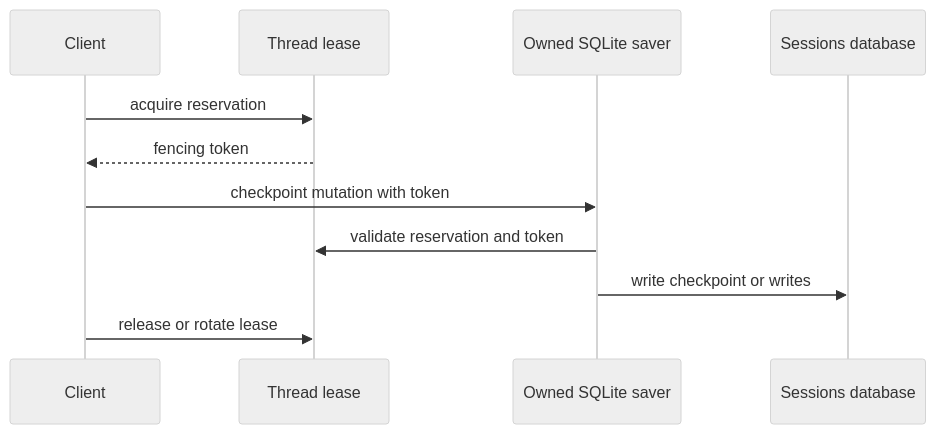
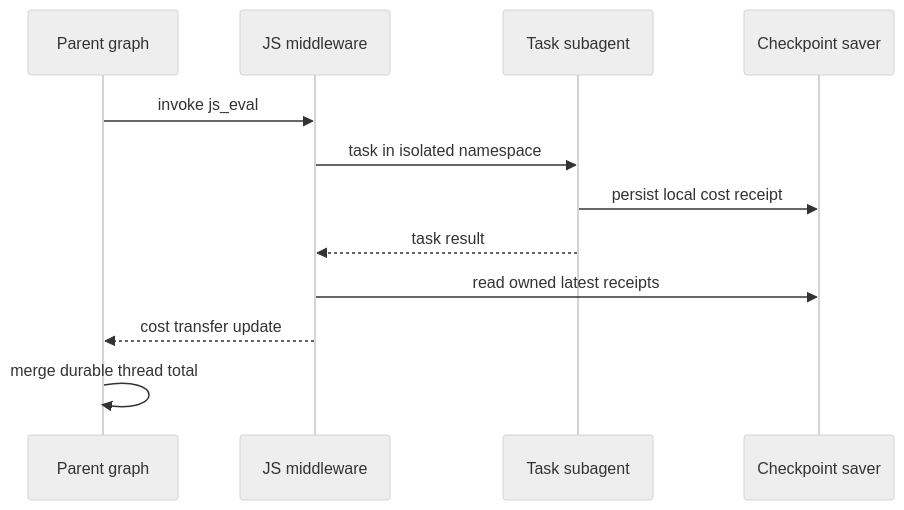
One commit to langchain-ai/deepagents changed the second of 2 diagrams in openwiki/operations/cost-and-sessions.md. Above: the diagram before and after it, drawn with Mermaid (neutral theme). The commit also changed other lines of this file and 53 other files, not shown here.

````diff
--- a/openwiki/operations/cost-and-sessions.md
+++ b/openwiki/operations/cost-and-sessions.md
@@ -70,13 +70,14 @@
 ```mermaid
 sequenceDiagram
-    participant Client
-    participant Lease as Thread lease
-    participant Saver as Owned SQLite saver
-    participant Store as Sessions database
-    Client->>Lease: acquire reservation
-    Lease-->>Client: fencing token
-    Client->>Saver: checkpoint mutation with token
-    Saver->>Lease: validate reservation and token
-    Saver->>Store: write checkpoint or writes
-    Client->>Lease: release or rotate lease
+    participant Parent as Parent graph
+    participant JS as JS middleware
+    participant Child as Task subagent
+    participant Saver as Checkpoint saver
+    Parent->>JS: invoke js_eval
+    JS->>Child: task in isolated namespace
+    Child->>Saver: persist local cost receipt
+    Child-->>JS: task result
+    JS->>Saver: read owned latest receipts
+    JS-->>Parent: cost transfer update
+    Parent->>Parent: merge durable thread total
 ```
````
